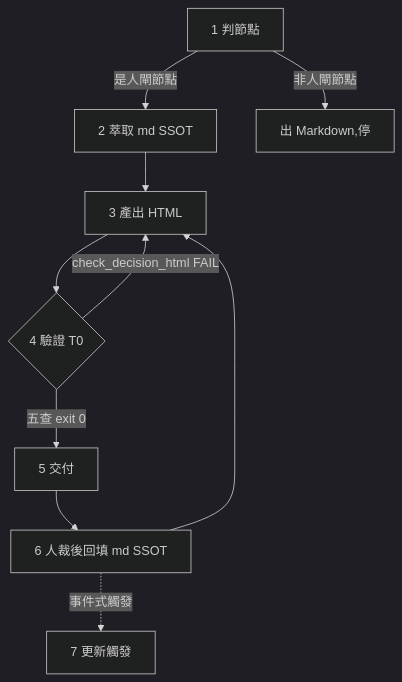
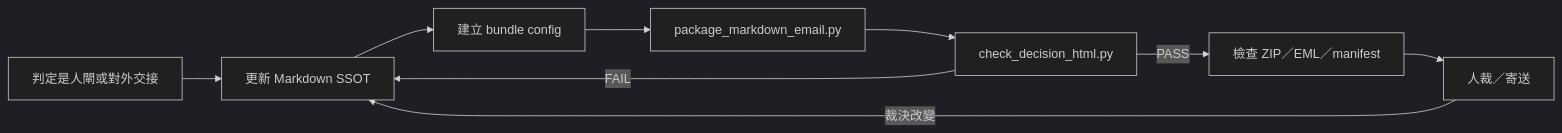
One commit to ed3c/skills-shared changed the diagram in skills/html-for-decisions/SKILL.md. Above: the diagram before and after it, drawn with Mermaid (dark theme). The commit also changed other lines of this file and 31 other files, not shown here.

````diff
--- a/skills/html-for-decisions/SKILL.md
+++ b/skills/html-for-decisions/SKILL.md
@@ -153,12 +59,11 @@
 ```mermaid
-flowchart TD
-  A[1 判節點] -->|是人閘節點| B[2 萃取 md SSOT]
-  A -->|非人閘節點| A0[出 Markdown,停]
-  B --> C[3 產出 HTML]
-  C --> D{4 驗證 T0}
-  D -->|check_decision_html FAIL| C
-  D -->|五查 exit 0| E[5 交付]
-  E --> F[6 人裁後回填 md SSOT]
-  F --> C
-  F -.事件式觸發.-> G[7 更新觸發]
+flowchart LR
+  A[判定是人閘或對外交接] --> B[更新 Markdown SSOT]
+  B --> C[建立 bundle config]
+  C --> D[package_markdown_email.py]
+  D --> E[check_decision_html.py]
+  E -->|PASS| F[檢查 ZIP／EML／manifest]
+  E -->|FAIL| B
+  F --> G[人裁／寄送]
+  G -->|裁決改變| B
 ```
````
